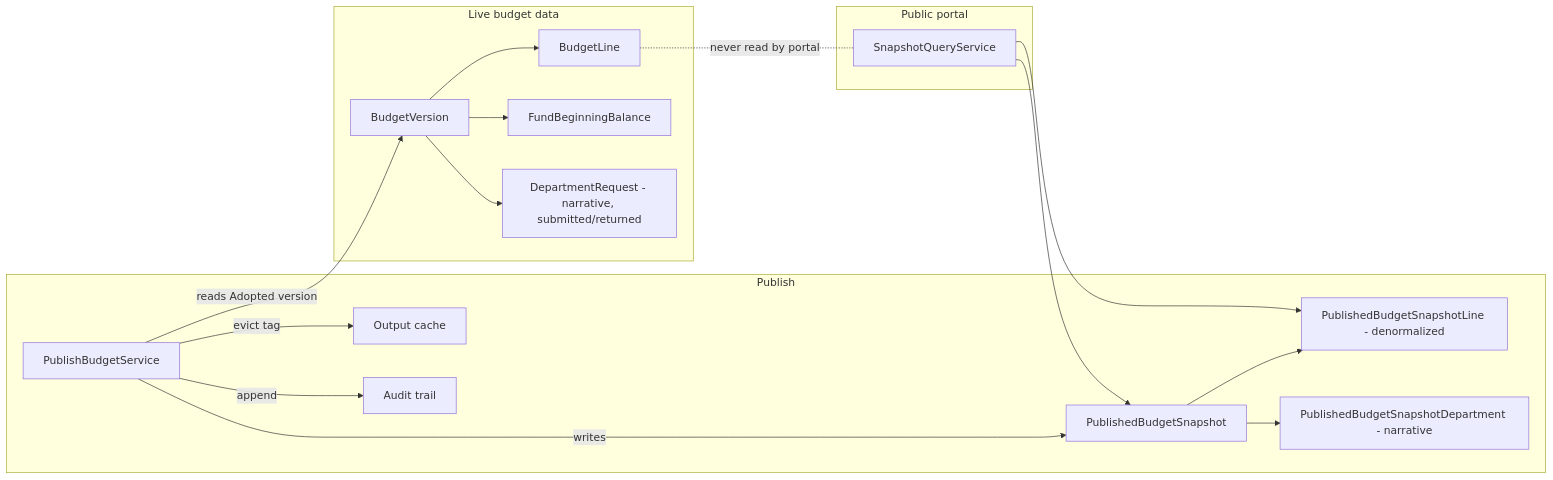
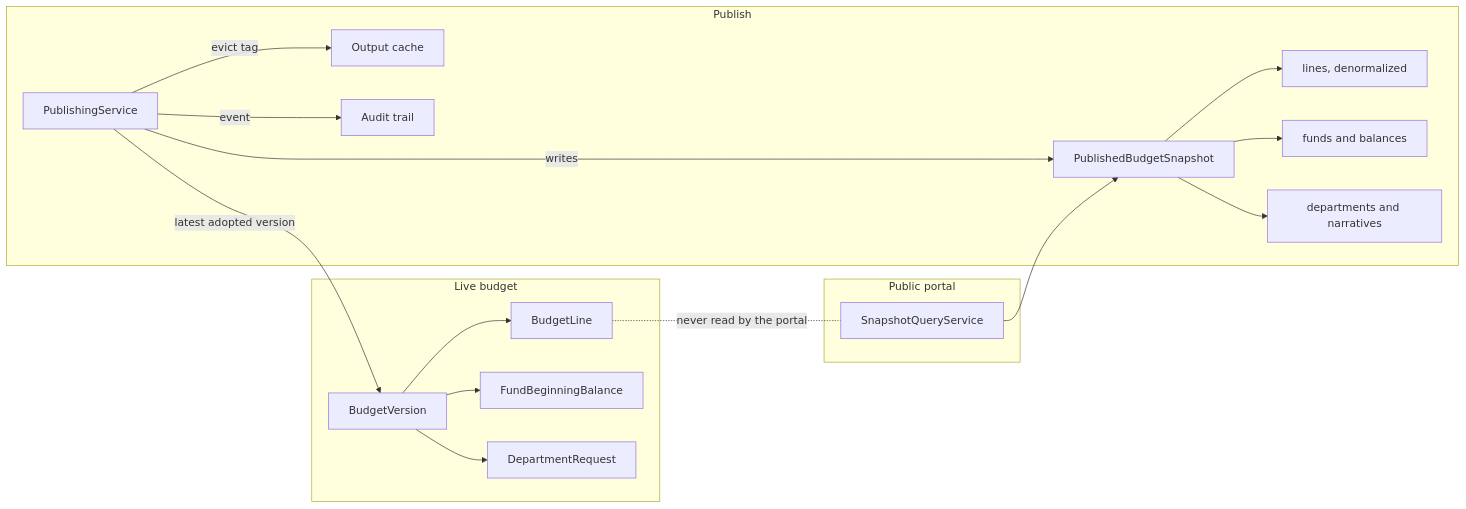
Before and after one commit to SpencerSmithSite/civic-budget: the fifth of 6 diagrams in docs/ARCHITECTURE.md, drawn with Mermaid. The commit also changed other lines of this file and 34 other files, not shown here.

````diff
--- a/docs/ARCHITECTURE.md
+++ b/docs/ARCHITECTURE.md
@@ -208,21 +230,21 @@
 ```mermaid
 graph LR
-  subgraph Live budget data
+  subgraph Live budget
     BV[BudgetVersion] --> BL[BudgetLine]
     BV --> FB[FundBeginningBalance]
-    BV --> DR[DepartmentRequest - narrative, submitted/returned]
+    BV --> DR[DepartmentRequest]
   end
   subgraph Publish
-    P[PublishBudgetService] -->|reads Adopted version| BV
+    P[PublishingService] -->|latest adopted version| BV
     P -->|writes| S[PublishedBudgetSnapshot]
-    S --> SL[PublishedBudgetSnapshotLine - denormalized]
-    S --> SD[PublishedBudgetSnapshotDepartment - narrative]
+    S --> SL[lines, denormalized]
+    S --> SF[funds and balances]
+    S --> SD[departments and narratives]
     P -->|evict tag| OC[Output cache]
-    P -->|append| AU[Audit trail]
+    P -->|event| AU[Audit trail]
   end
   subgraph Public portal
     PQ[SnapshotQueryService] --> S
-    PQ --> SL
   end
-  BL -. never read by portal .- PQ
+  BL -. never read by the portal .- PQ
 ```
````
